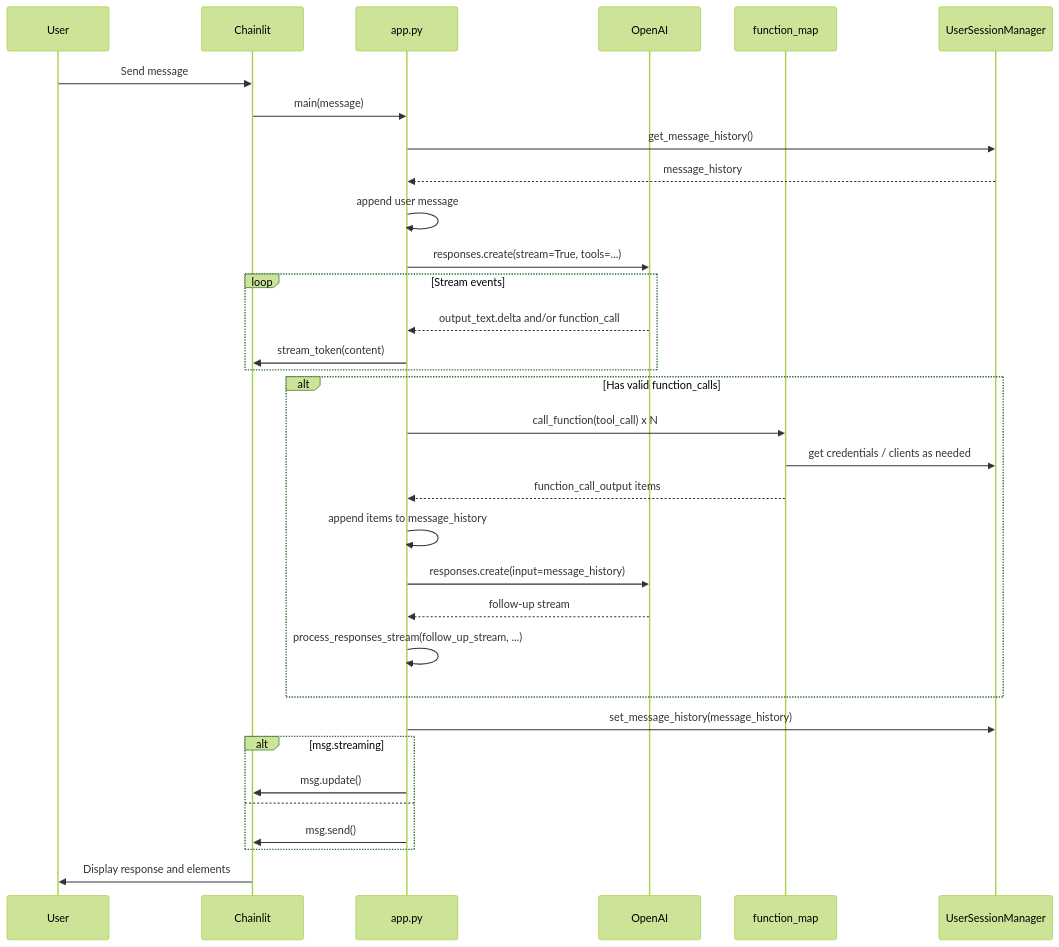
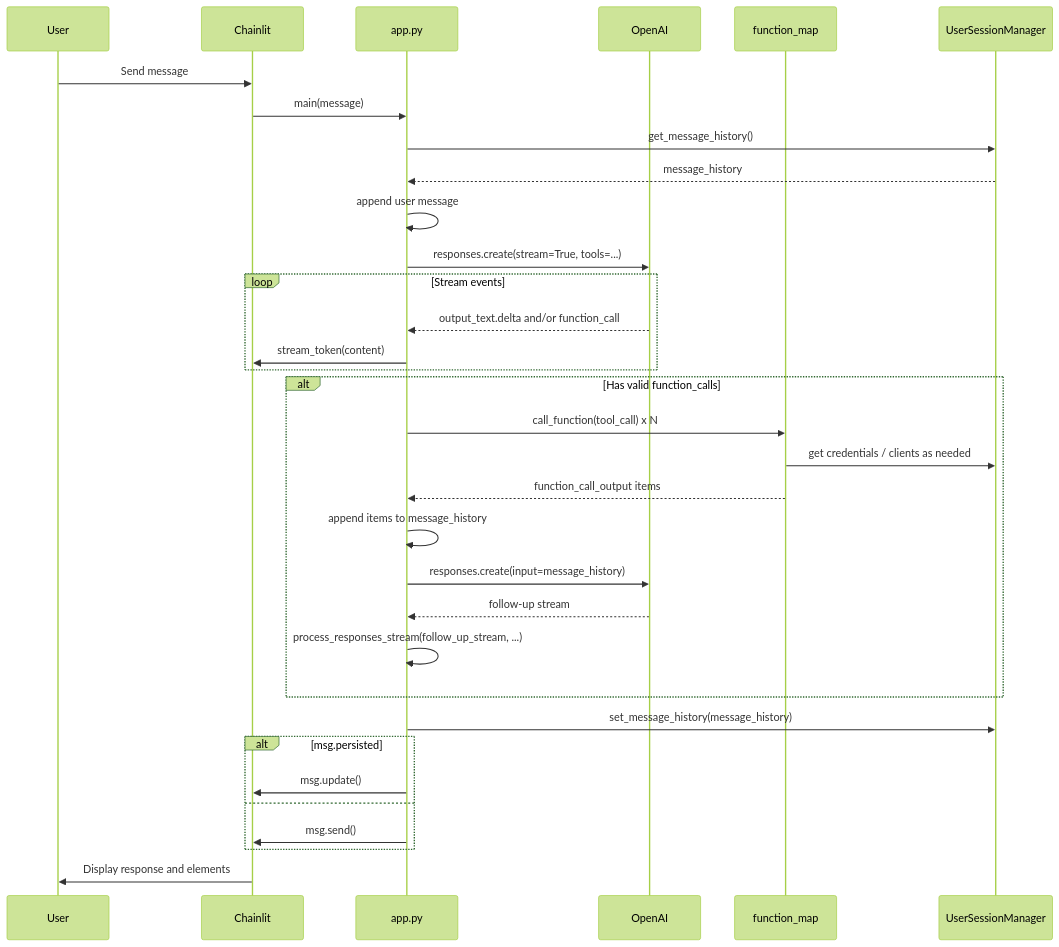
One commit to giorgosfatouros/humaine-swarm changed the diagram in docs/developers/02-app-flow.md. Above: the diagram before and after it, drawn with Mermaid (forest theme). The commit also changed other lines of this file and 2 other files, not shown here.

Commit message:
fix(persistence): persist streamed assistant replies for thread resume
Streamed replies were finalized with update(), which is the only path that
does not stamp createdAt, so resumed threads showed the user message and the
tool steps but not the assistant answer. Finalize on msg.persisted instead so
a message that was never sent goes through send(); the UI merges by id, so the
streamed bubble is replaced rather than duplicated.

````diff
--- a/docs/developers/02-app-flow.md
+++ b/docs/developers/02-app-flow.md
@@ -34,36 +34,36 @@
 ```mermaid
 sequenceDiagram
     participant User
     participant Chainlit
     participant app_py as app.py
     participant OpenAI
     participant function_map as function_map
     participant Session as UserSessionManager
 
     User->>Chainlit: Send message
     Chainlit->>app_py: main(message)
     app_py->>Session: get_message_history()
     Session-->>app_py: message_history
     app_py->>app_py: append user message
     app_py->>OpenAI: responses.create(stream=True, tools=...)
     loop Stream events
         OpenAI-->>app_py: output_text.delta and/or function_call
         app_py->>Chainlit: stream_token(content)
     end
     alt Has valid function_calls
         app_py->>function_map: call_function(tool_call) x N
         function_map->>Session: get credentials / clients as needed
         function_map-->>app_py: function_call_output items
         app_py->>app_py: append items to message_history
         app_py->>OpenAI: responses.create(input=message_history)
         OpenAI-->>app_py: follow-up stream
         app_py->>app_py: process_responses_stream(follow_up_stream, ...)
     end
     app_py->>Session: set_message_history(message_history)
-    alt msg.streaming
+    alt msg.persisted
         app_py->>Chainlit: msg.update()
     else
         app_py->>Chainlit: msg.send()
     end
     Chainlit->>User: Display response and elements
 ```
````
